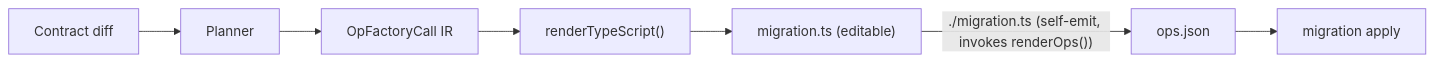
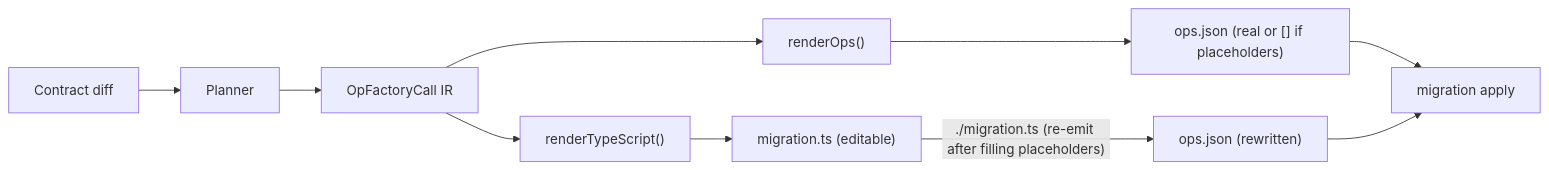
One commit to prisma/prisma-next changed the second of 3 diagrams in docs/architecture docs/subsystems/7. Migration System.md. Above: the diagram before and after it, drawn with Mermaid. The commit also changed other lines of this file and 4 other files, not shown here.

````diff
--- a/docs/architecture docs/subsystems/7. Migration System.md
+++ b/docs/architecture docs/subsystems/7. Migration System.md
@@ -42,9 +42,12 @@
 ```mermaid
 flowchart LR
   diff[Contract diff] --> planner[Planner]
   planner --> ir["OpFactoryCall IR"]
   ir --> renderTs["renderTypeScript()"]
+  ir --> renderOps["renderOps()"]
   renderTs --> ts["migration.ts (editable)"]
-  ts -->|"./migration.ts (self-emit, invokes renderOps())"| ops["ops.json"]
-  ops --> apply["migration apply"]
+  renderOps --> opsInit["ops.json (real or [] if placeholders)"]
+  ts -->|"./migration.ts (re-emit after filling placeholders)"| opsRedo["ops.json (rewritten)"]
+  opsInit --> apply["migration apply"]
+  opsRedo --> apply
 ```
````
